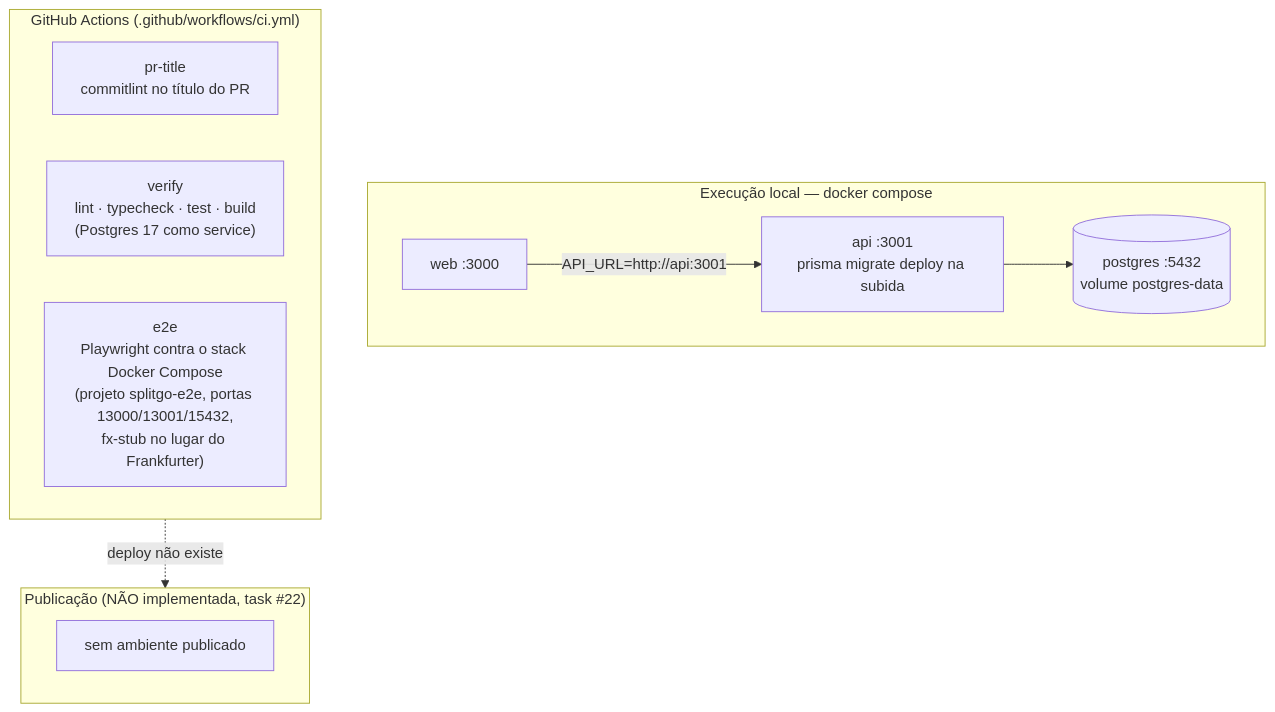
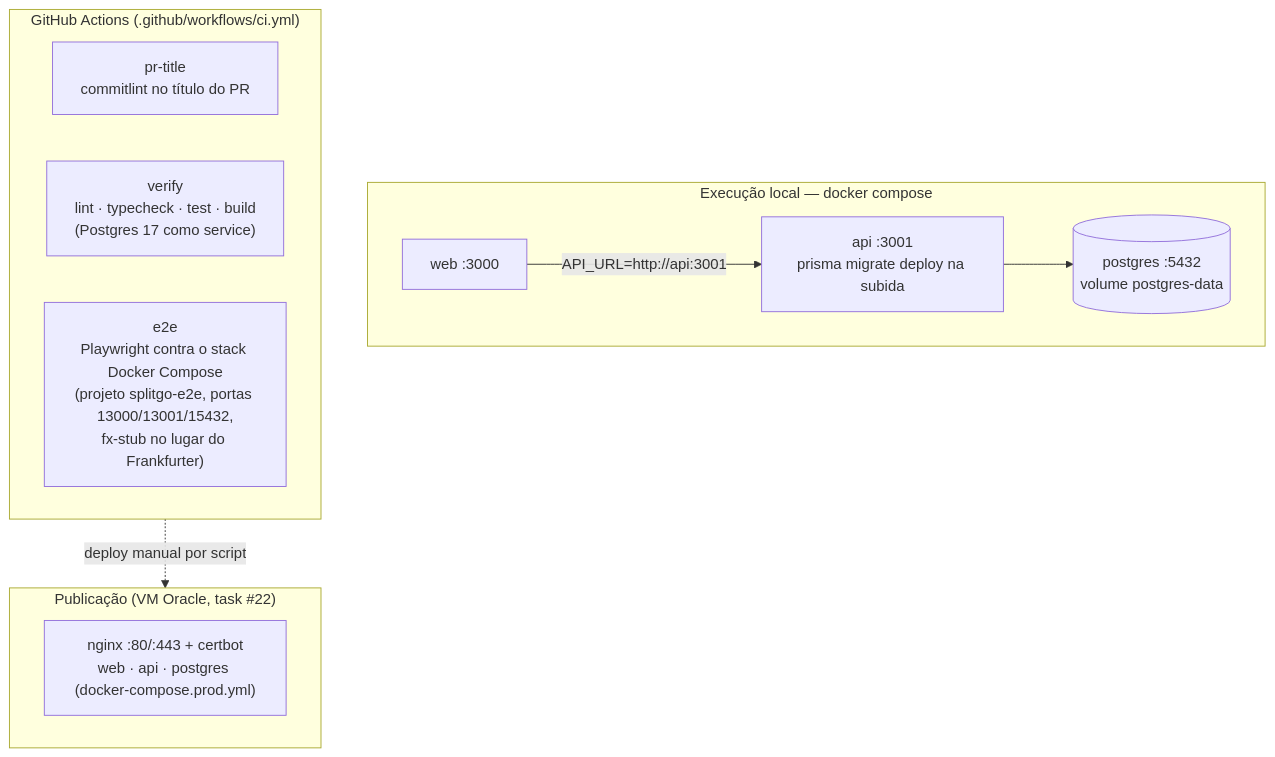
Before and after one commit to iguinn13/split-and-go-case: the second of 2 diagrams in README.md, drawn with Mermaid. The commit also changed other lines of this file and 9 other files, not shown here.

````diff
--- a/README.md
+++ b/README.md
@@ -78,20 +78,20 @@
 ```mermaid
 flowchart TB
     subgraph local["Execução local — docker compose"]
         w["web :3000"]
         a["api :3001<br/>prisma migrate deploy na subida"]
         p[("postgres :5432<br/>volume postgres-data")]
         w -->|"API_URL=http://api:3001"| a --> p
     end
 
     subgraph ci["GitHub Actions (.github/workflows/ci.yml)"]
         t["pr-title<br/>commitlint no título do PR"]
         v["verify<br/>lint · typecheck · test · build<br/>(Postgres 17 como service)"]
         e["e2e<br/>Playwright contra o stack Docker Compose<br/>(projeto splitgo-e2e, portas 13000/13001/15432,<br/>fx-stub no lugar do Frankfurter)"]
     end
 
-    subgraph prod["Publicação (NÃO implementada, task #22)"]
-        d["sem ambiente publicado"]
+    subgraph prod["Publicação (VM Oracle, task #22)"]
+        d["nginx :80/:443 + certbot<br/>web · api · postgres (docker-compose.prod.yml)"]
     end
-    ci -.->|"deploy não existe"| prod
+    ci -.->|"deploy manual por script"| prod
 ```
````
